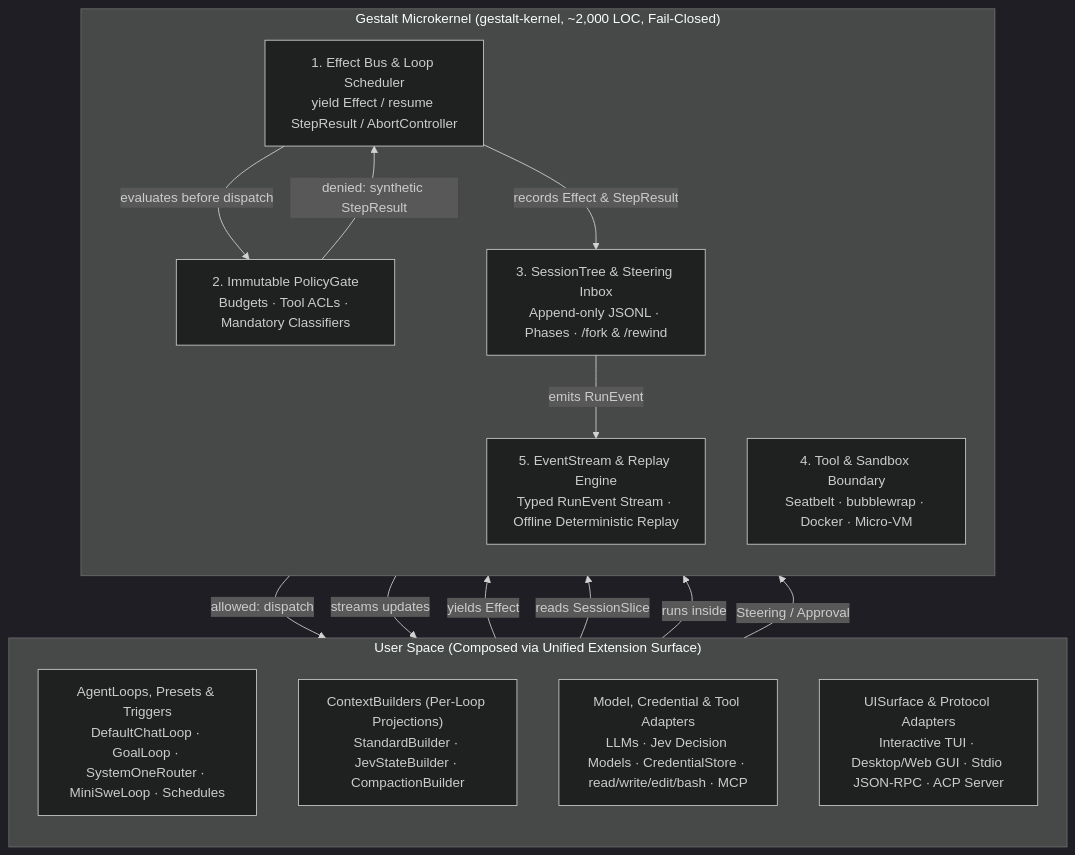
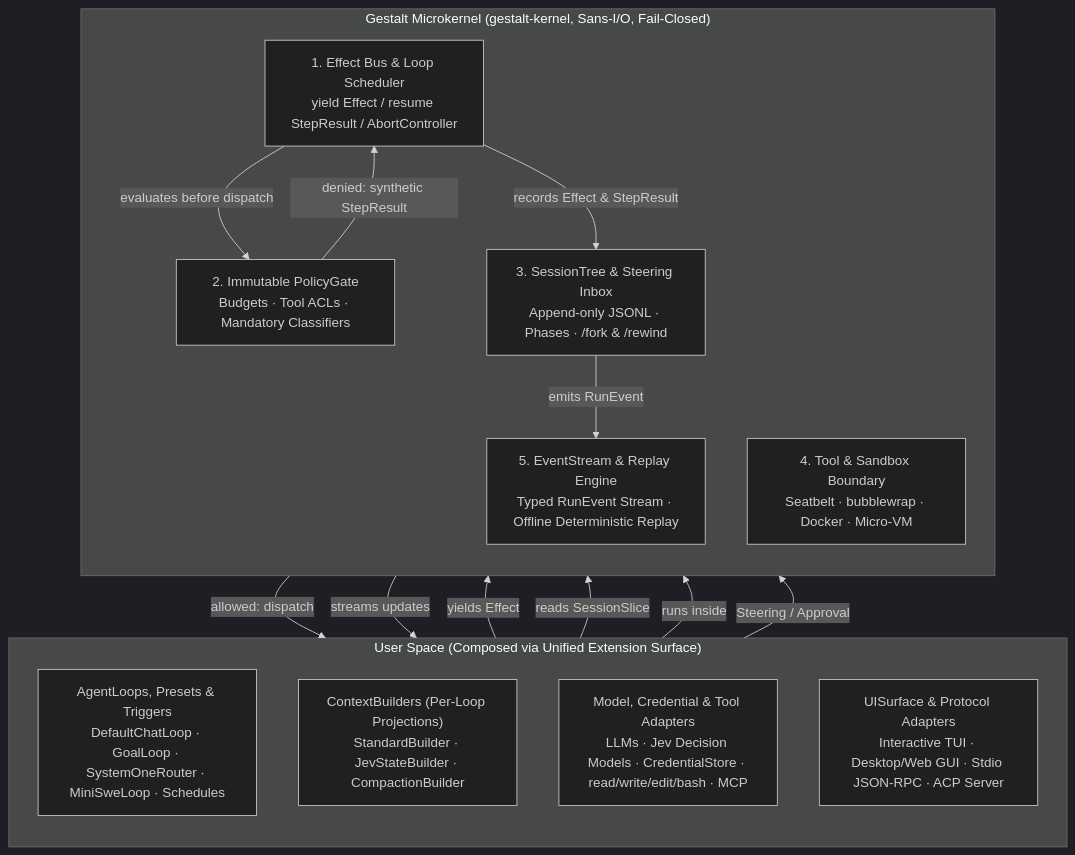
One commit to woshi517/gestalt-harness changed the first of 4 diagrams in docs/ARCHITECTURE.md. Above: the diagram before and after it, drawn with Mermaid (dark theme). The commit also changed other lines of this file and 3 other files, not shown here.

First line of the commit message:
docs: remove kernel LOC budget and align architecture contracts

````diff
--- a/docs/ARCHITECTURE.md
+++ b/docs/ARCHITECTURE.md
@@ -72,30 +72,30 @@
 ```mermaid
 flowchart TB
     subgraph UserSpace["User Space (Composed via Unified Extension Surface)"]
         direction TB
         Loops["AgentLoops, Presets & Triggers<br/>DefaultChatLoop · GoalLoop · SystemOneRouter · MiniSweLoop · Schedules"]
         Builders["ContextBuilders (Per-Loop Projections)<br/>StandardBuilder · JevStateBuilder · CompactionBuilder"]
         Adapters["Model, Credential & Tool Adapters<br/>LLMs · Jev Decision Models · CredentialStore · read/write/edit/bash · MCP"]
         Clients["UISurface & Protocol Adapters<br/>Interactive TUI · Desktop/Web GUI · Stdio JSON-RPC · ACP Server"]
     end
 
-    subgraph Kernel["Gestalt Microkernel (gestalt-kernel, ~2,000 LOC, Fail-Closed)"]
+    subgraph Kernel["Gestalt Microkernel (gestalt-kernel, Sans-I/O, Fail-Closed)"]
         direction TB
         Scheduler["1. Effect Bus & Loop Scheduler<br/>yield Effect / resume StepResult / AbortController"]
         Gate["2. Immutable PolicyGate<br/>Budgets · Tool ACLs · Mandatory Classifiers"]
         Tree["3. SessionTree & Steering Inbox<br/>Append-only JSONL · Phases · /fork & /rewind"]
         Sandbox["4. Tool & Sandbox Boundary<br/>Seatbelt · bubblewrap · Docker · Micro-VM"]
         Stream["5. EventStream & Replay Engine<br/>Typed RunEvent Stream · Offline Deterministic Replay"]
     end
 
     Loops -->|"yields Effect"| Scheduler
     Builders -->|"reads SessionSlice"| Tree
     Scheduler -->|"evaluates before dispatch"| Gate
     Gate -->|"allowed: dispatch"| Adapters
     Gate -->|"denied: synthetic StepResult"| Scheduler
     Adapters -->|"runs inside"| Sandbox
     Scheduler -->|"records Effect & StepResult"| Tree
     Tree -->|"emits RunEvent"| Stream
     Stream -->|"streams updates"| Clients
     Clients -->|"Steering / Approval"| Tree
 ```
````
